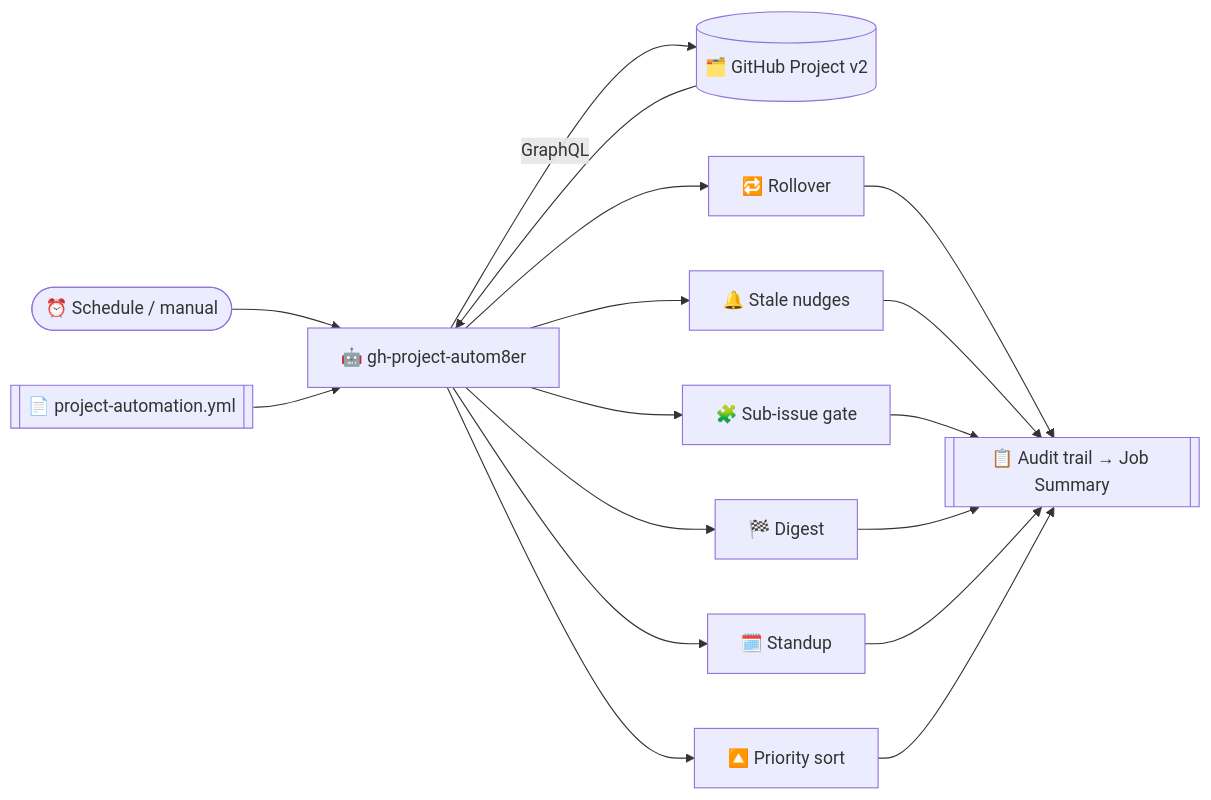
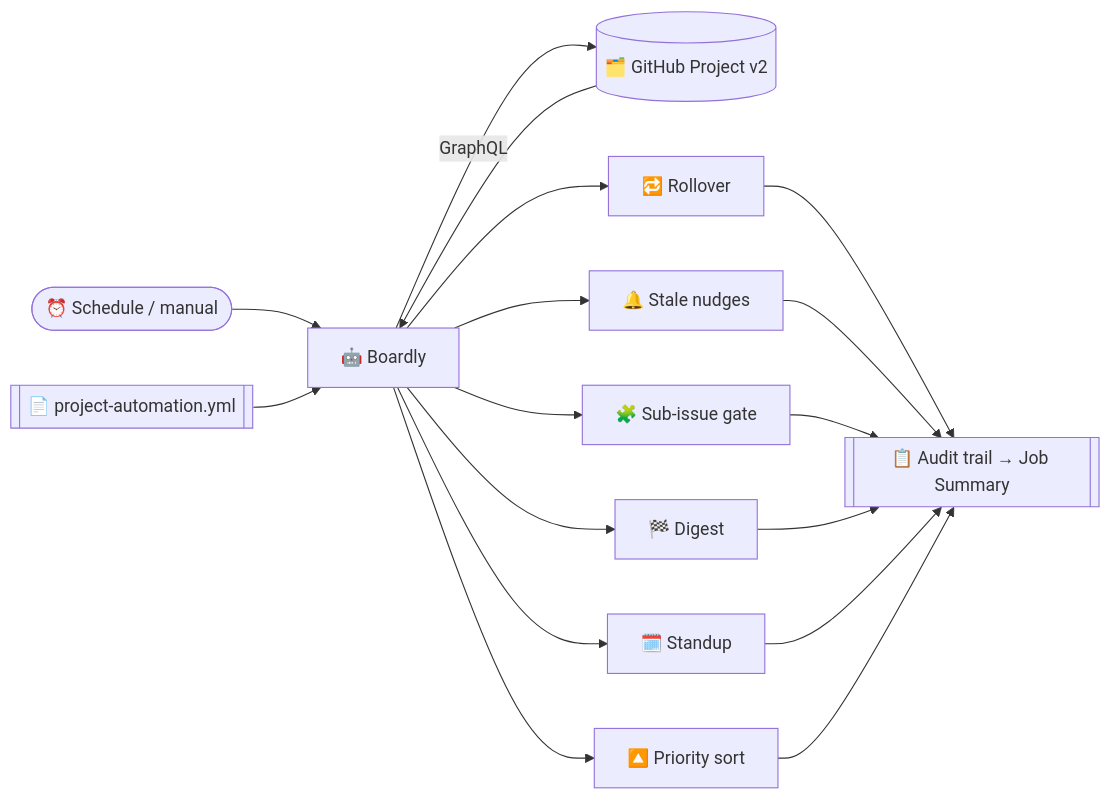
One commit to cdrrazan/Boardly changed the first of 2 diagrams in README.md. Above: the diagram before and after it, drawn with Mermaid. The commit also changed other lines of this file and 23 other files, not shown here.

First line of the commit message:
chore: rebrand project to Boardly

````diff
--- a/README.md
+++ b/README.md
@@ -29,14 +29,14 @@
 ```mermaid
 flowchart LR
-    cron([⏰ Schedule / manual]) --> action[🤖 gh-project-autom8er]
+    cron([⏰ Schedule / manual]) --> action[🤖 Boardly]
     cfg[[📄 project-automation.yml]] --> action
     action -->|GraphQL| gh[(🗂️ GitHub Project v2)]
     gh --> action
     action --> f1[🔁 Rollover]
     action --> f2[🔔 Stale nudges]
     action --> f3[🧩 Sub-issue gate]
     action --> f4[🏁 Digest]
     action --> f5[🗓️ Standup]
     action --> f6[🔼 Priority sort]
     f1 & f2 & f3 & f4 & f5 & f6 --> audit[[📋 Audit trail → Job Summary]]
 ```
````
